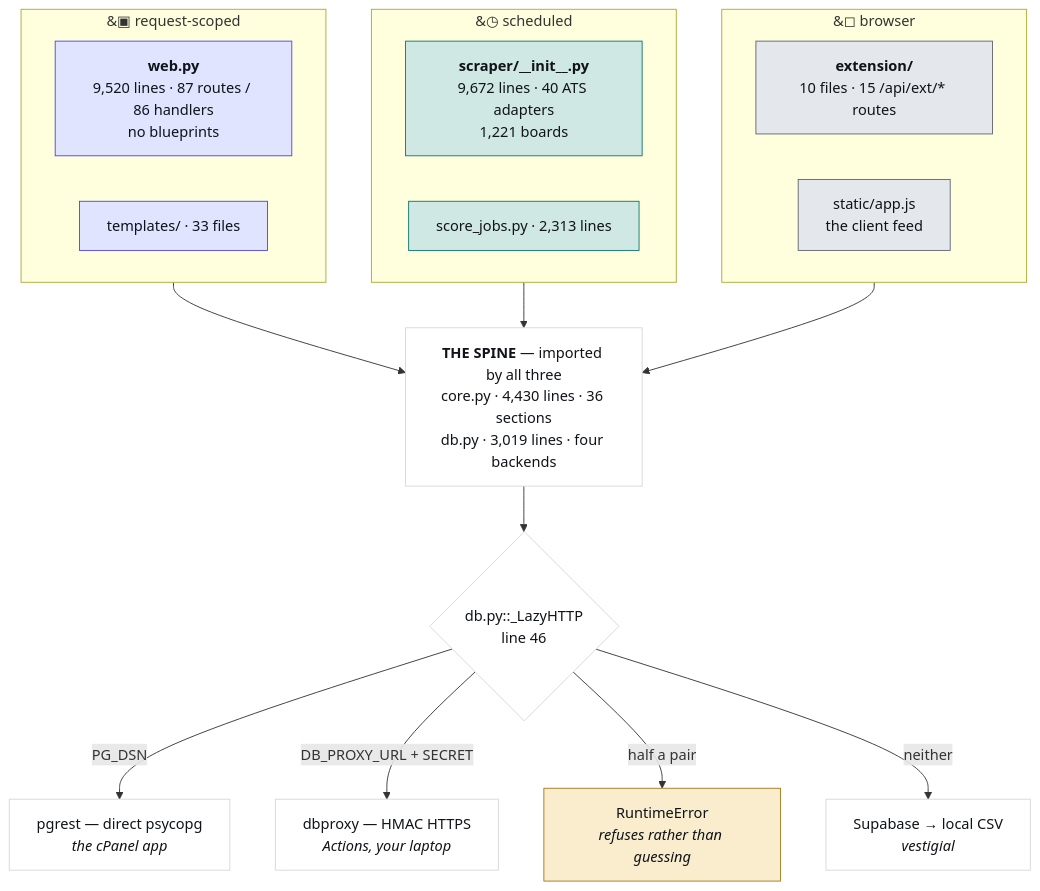
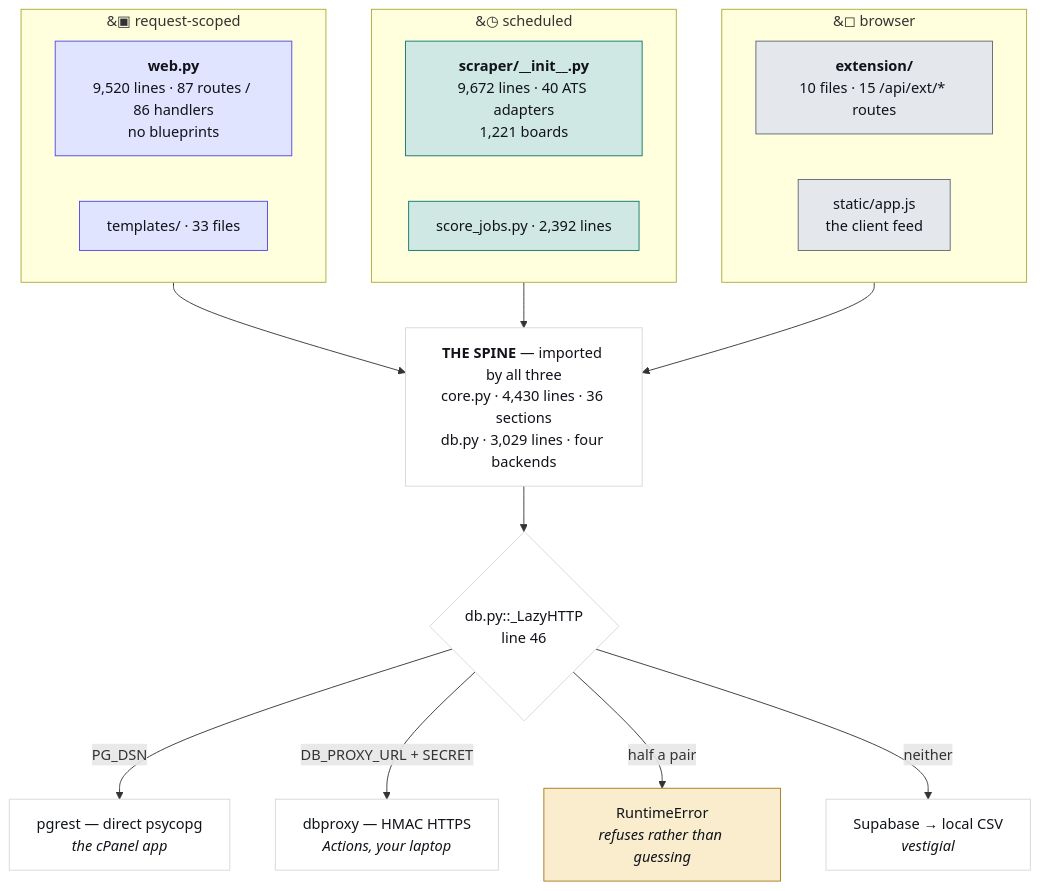
Before and after one commit to hadakunal909-debug/job-search-tool: the first of 4 diagrams in JobMatch Scraper/docs/ARCHITECTURE.md, drawn with Mermaid. The commit also changed 7 other files, not shown here.

````diff
--- a/JobMatch Scraper/docs/ARCHITECTURE.md
+++ b/JobMatch Scraper/docs/ARCHITECTURE.md
@@ -45,34 +45,34 @@
 ```mermaid
 flowchart TB
   subgraph REQ["&#9635; request-scoped"]
     W["<b>web.py</b><br/>9,520 lines · 87 routes / 86 handlers<br/>no blueprints"]
     T["templates/ · 33 files"]
   end
   subgraph SCH["&#9719; scheduled"]
     S["<b>scraper/__init__.py</b><br/>9,672 lines · 40 ATS adapters<br/>1,221 boards"]
-    J["score_jobs.py · 2,313 lines"]
+    J["score_jobs.py · 2,392 lines"]
   end
   subgraph CLI["&#9723; browser"]
     E["<b>extension/</b><br/>10 files · 15 /api/ext/* routes"]
     A["static/app.js<br/>the client feed"]
   end
-  SPINE["<b>THE SPINE</b> — imported by all three<br/>core.py · 4,430 lines · 36 sections<br/>db.py · 3,019 lines · four backends"]
+  SPINE["<b>THE SPINE</b> — imported by all three<br/>core.py · 4,430 lines · 36 sections<br/>db.py · 3,029 lines · four backends"]
   REQ --> SPINE
   SCH --> SPINE
   CLI --> SPINE
   SPINE --> D{"db.py::_LazyHTTP<br/>line 46"}
   D -->|"PG_DSN"| P["pgrest — direct psycopg<br/><i>the cPanel app</i>"]
   D -->|"DB_PROXY_URL + SECRET"| X["dbproxy — HMAC HTTPS<br/><i>Actions, your laptop</i>"]
   D -->|"half a pair"| R["RuntimeError<br/><i>refuses rather than guessing</i>"]
   D -->|"neither"| V["Supabase → local CSV<br/><i>vestigial</i>"]
   classDef web fill:#e0e4fe,stroke:#4f46e5,color:#101319
   classDef sched fill:#cfe8e3,stroke:#0f766e,color:#101319
   classDef client fill:#e4e7ec,stroke:#5f6573,color:#101319
   classDef trap fill:#f9edcd,stroke:#a8781a,color:#101319
   classDef plain fill:#ffffff,stroke:#d3d7df,color:#101319
   class W,T web
   class S,J sched
   class E,A client
   class R trap
   class SPINE,D,P,X,V plain
 ```
````
